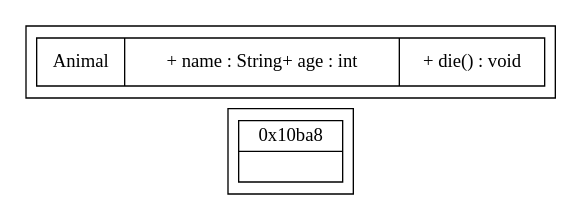
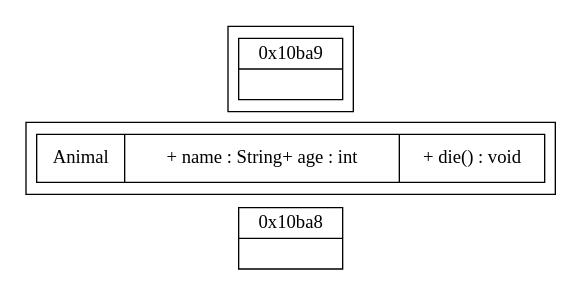
One commit to sisyphus1212/note changed the diagram in dpdk/内存管理.md. Above: the diagram before and after it, drawn with Graphviz.

Commit message:
auto_update

````diff
--- a/dpdk/内存管理.md
+++ b/dpdk/内存管理.md
@@ -16,18 +16,18 @@
 ```graphviz
 digraph g {
 	rankdir=LR;
 	"node0" [
 		label = "0x10ba8| <f1>"
 		shape = "record"
 	];
 	subgraph cluster_0 {
 		Animal[label = "{Animal | + name : String+ age : int |+ die() : void}", shape = "record" ];
 	}
 	subgraph cluster_1 {
-	"node0" [
-		label = "0x10ba8| <f1>"
+	"node1" [
+		label = "0x10ba9| <f1>"
 		shape = "record"
 	];
 	}
 }
 ```
````
